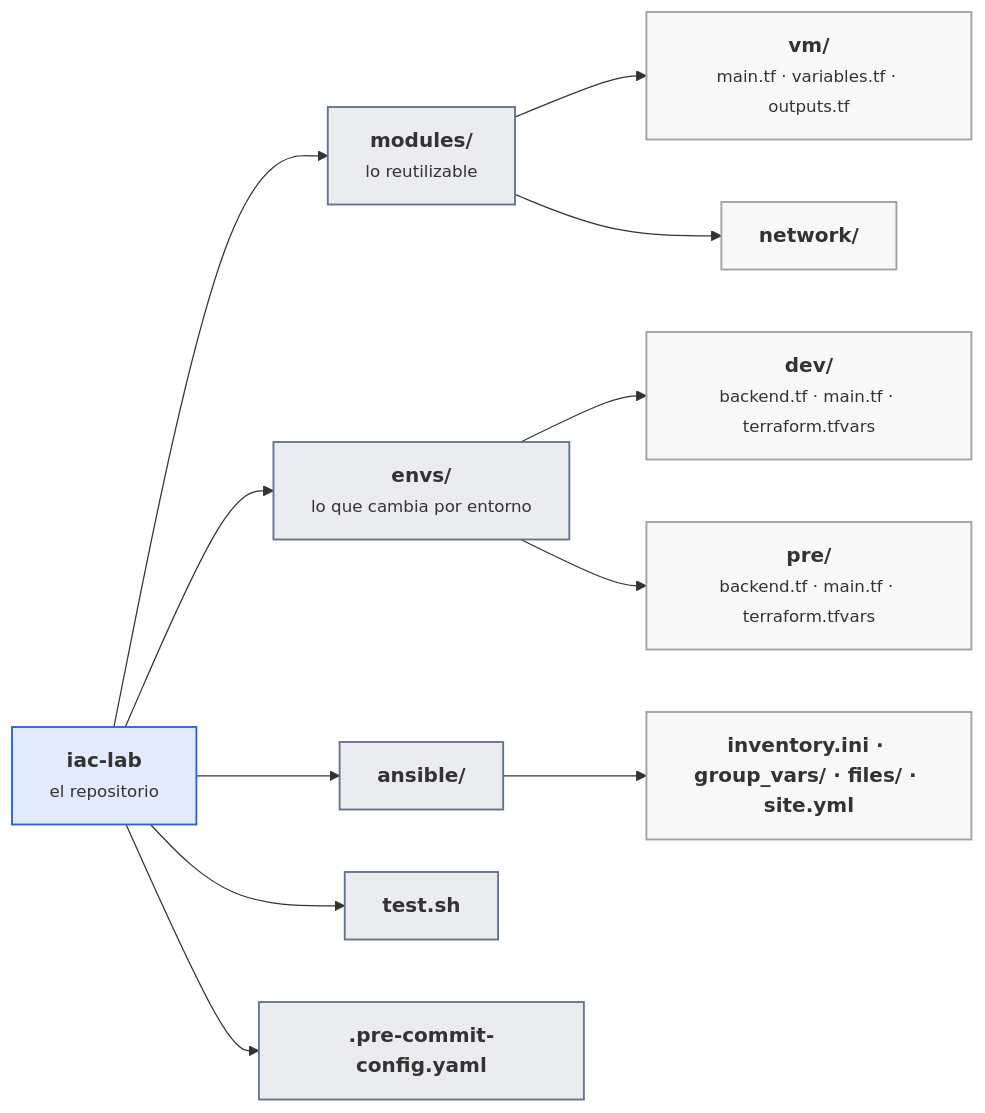
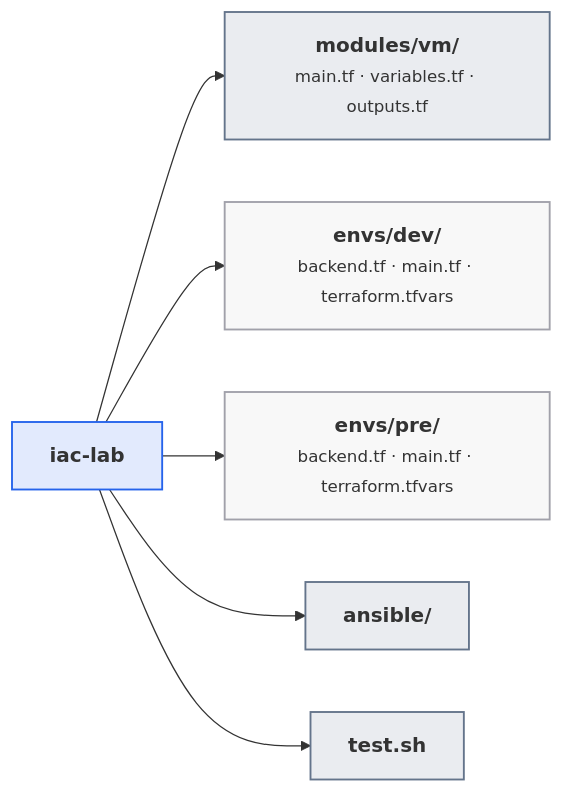
Before and after one commit to victor-educ/apuntes-5166: the third of 5 diagrams in docs/ut/ut5-iac.md, drawn with Mermaid. The commit also changed other lines of this file and 5 other files, not shown here.

````diff
--- a/docs/ut/ut5-iac.md
+++ b/docs/ut/ut5-iac.md
@@ -660,24 +613,16 @@
 ```mermaid
 flowchart LR
-    R["<b>iac-lab</b><br><small>el repositorio</small>"]:::dato
-    M["<b>modules/</b><br><small>lo reutilizable</small>"]:::pieza
-    E["<b>envs/</b><br><small>lo que cambia por entorno</small>"]:::pieza
+    R["<b>iac-lab</b>"]:::dato
+    M["<b>modules/vm/</b><br><small>main.tf · variables.tf · outputs.tf</small>"]:::pieza
+    E1["<b>envs/dev/</b><br><small>backend.tf · main.tf · terraform.tfvars</small>"]:::infra
+    E2["<b>envs/pre/</b><br><small>backend.tf · main.tf · terraform.tfvars</small>"]:::infra
     A["<b>ansible/</b>"]:::pieza
     T["<b>test.sh</b>"]:::pieza
-    P["<b>.pre-commit-config.yaml</b>"]:::pieza
-    M1["<b>vm/</b><br><small>main.tf · variables.tf · outputs.tf</small>"]:::infra
-    M2["<b>network/</b>"]:::infra
-    E1["<b>dev/</b><br><small>backend.tf · main.tf · terraform.tfvars</small>"]:::infra
-    E2["<b>pre/</b><br><small>backend.tf · main.tf · terraform.tfvars</small>"]:::infra
-    A1["<b>inventory.ini · group_vars/ · files/ · site.yml</b>"]:::infra
-    R --> M & E & A & T & P
-    M --> M1 & M2
-    E --> E1 & E2
-    A --> A1
+    R --> M & E1 & E2 & A & T
     classDef act fill:#ea580c22,stroke:#ea580c,stroke-width:1.5px
     classDef pieza fill:#64748b22,stroke:#64748b,stroke-width:1.5px
     classDef dato fill:#2563eb22,stroke:#2563eb,stroke-width:1.5px
     classDef infra fill:#a1a1aa14,stroke:#a1a1aa,stroke-width:1.5px
     classDef ok fill:#16a34a22,stroke:#16a34a,stroke-width:1.5px
     classDef riesgo fill:#dc262622,stroke:#dc2626,stroke-width:1.5px
 ```
````
